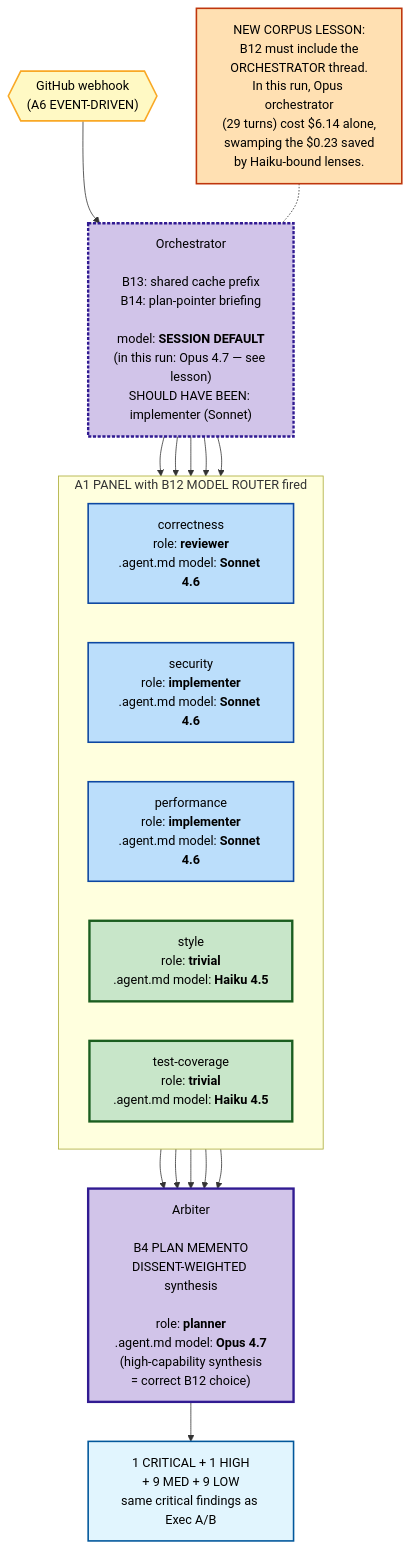
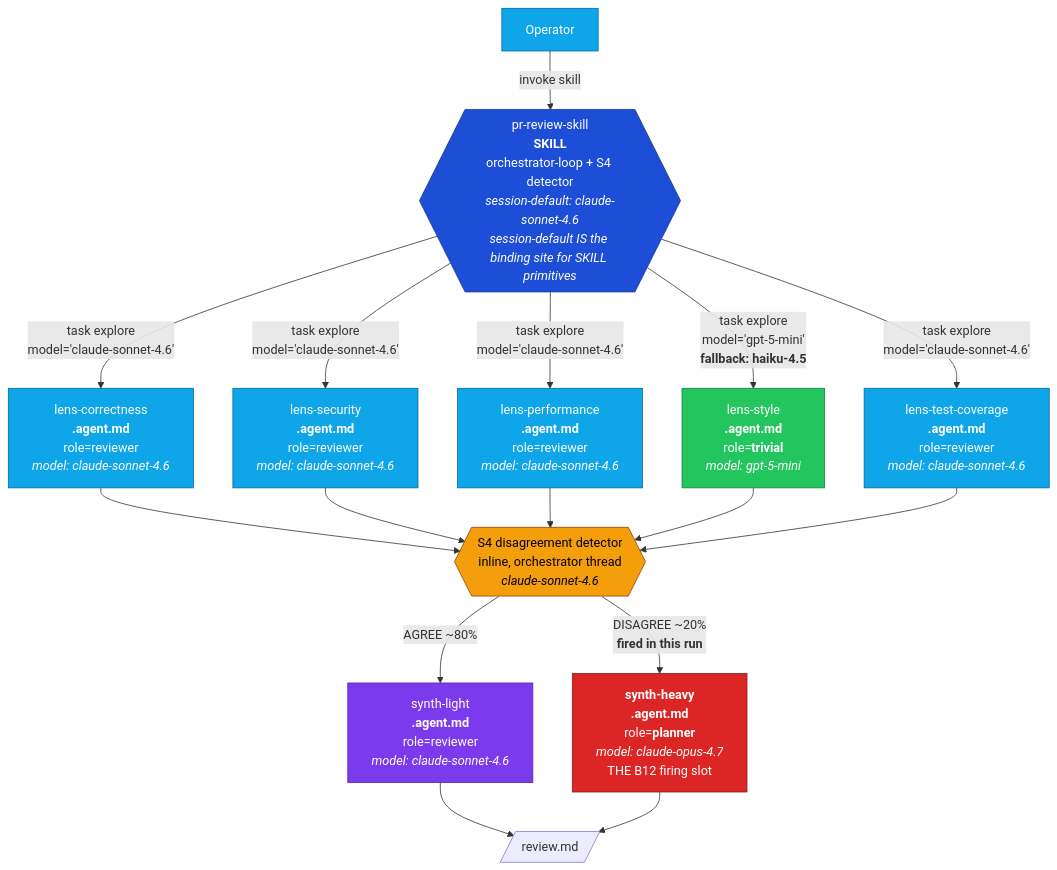
Before and after one commit to jeremiah-snee-openx/genesis: the second of 2 diagrams in dev/empirical-proof/ab-experiment-apm-1424/REPORT.md, drawn with Mermaid. The commit also changed other lines of this file and 11 other files, not shown here.

````diff
--- a/dev/empirical-proof/ab-experiment-apm-1424/REPORT.md
+++ b/dev/empirical-proof/ab-experiment-apm-1424/REPORT.md
@@ -172,35 +67,31 @@
 ```mermaid
 flowchart TB
-    TRIG{{"GitHub webhook<br/>(A6 EVENT-DRIVEN)"}}:::trig
+    classDef sk fill:#1d4ed8,stroke:#1e3a8a,color:#fff
+    classDef ag fill:#0ea5e9,stroke:#0369a1,color:#fff
+    classDef low fill:#22c55e,stroke:#15803d,color:#fff
+    classDef high fill:#dc2626,stroke:#7f1d1d,color:#fff
+    classDef arb fill:#7c3aed,stroke:#5b21b6,color:#fff
+    classDef gate fill:#f59e0b,stroke:#92400e,color:#000
 
-    ORCH["Orchestrator<br/><br/>B13: shared cache prefix<br/>B14: plan-pointer briefing<br/><br/>model: <b>SESSION DEFAULT</b><br/>(in this run: Opus 4.7 — see lesson)<br/>SHOULD HAVE BEEN: implementer (Sonnet)"]:::orchbad
+    OP[Operator]:::ag -->|invoke skill| OR
+    OR{{pr-review-skill<br/><b>SKILL</b><br/>orchestrator-loop + S4 detector<br/><i>session-default: claude-sonnet-4.6</i><br/><i>session-default IS the binding site for SKILL primitives</i>}}:::sk
 
-    subgraph PANEL["A1 PANEL with B12 MODEL ROUTER fired"]
-        direction LR
-        L1["correctness<br/>role: <b>reviewer</b><br/>.agent.md model: <b>Sonnet 4.6</b>"]:::sonnet
-        L2["security<br/>role: <b>implementer</b><br/>.agent.md model: <b>Sonnet 4.6</b>"]:::sonnet
-        L3["performance<br/>role: <b>implementer</b><br/>.agent.md model: <b>Sonnet 4.6</b>"]:::sonnet
-        L4["style<br/>role: <b>trivial</b><br/>.agent.md model: <b>Haiku 4.5</b>"]:::haiku
-        L5["test-coverage<br/>role: <b>trivial</b><br/>.agent.md model: <b>Haiku 4.5</b>"]:::haiku
-    end
+    OR -->|task explore<br/>model='claude-sonnet-4.6'| L1[lens-correctness<br/><b>.agent.md</b><br/>role=reviewer<br/><i>model: claude-sonnet-4.6</i>]:::ag
+    OR -->|task explore<br/>model='claude-sonnet-4.6'| L2[lens-security<br/><b>.agent.md</b><br/>role=reviewer<br/><i>model: claude-sonnet-4.6</i>]:::ag
+    OR -->|task explore<br/>model='claude-sonnet-4.6'| L3[lens-performance<br/><b>.agent.md</b><br/>role=reviewer<br/><i>model: claude-sonnet-4.6</i>]:::ag
+    OR -->|task explore<br/>model='gpt-5-mini'<br/><b>fallback: haiku-4.5</b>| L4[lens-style<br/><b>.agent.md</b><br/>role=<b>trivial</b><br/><i>model: gpt-5-mini</i>]:::low
+    OR -->|task explore<br/>model='claude-sonnet-4.6'| L5[lens-test-coverage<br/><b>.agent.md</b><br/>role=reviewer<br/><i>model: claude-sonnet-4.6</i>]:::ag
 
-    ARB["Arbiter<br/><br/>B4 PLAN MEMENTO<br/>DISSENT-WEIGHTED synthesis<br/><br/>role: <b>planner</b><br/>.agent.md model: <b>Opus 4.7</b><br/>(high-capability synthesis<br/>= correct B12 choice)"]:::opus
+    L1 --> GATE
+    L2 --> GATE
+    L3 --> GATE
+    L4 --> GATE
+    L5 --> GATE
+    GATE{{S4 disagreement detector<br/>inline, orchestrator thread<br/><i>claude-sonnet-4.6</i>}}:::gate
 
-    OUT["1 CRITICAL + 1 HIGH<br/>+ 9 MED + 9 LOW<br/>same critical findings as Exec A/B"]:::out
+    GATE -->|AGREE ~80%| LIGHT[synth-light<br/><b>.agent.md</b><br/>role=reviewer<br/><i>model: claude-sonnet-4.6</i>]:::arb
+    GATE -->|DISAGREE ~20%<br/><b>fired in this run</b>| HEAVY[<b>synth-heavy</b><br/><b>.agent.md</b><br/>role=<b>planner</b><br/><i>model: claude-opus-4.7</i><br/>THE B12 firing slot]:::high
 
-    LESSON["NEW CORPUS LESSON:<br/>B12 must include the<br/>ORCHESTRATOR thread.<br/>In this run, Opus orchestrator<br/>(29 turns) cost $6.14 alone,<br/>swamping the $0.23 saved<br/>by Haiku-bound lenses."]:::lesson
-
-    TRIG --> ORCH
-    ORCH --> L1 & L2 & L3 & L4 & L5
-    L1 & L2 & L3 & L4 & L5 --> ARB
-    ARB --> OUT
-    LESSON -.- ORCH
-
-    classDef trig fill:#fff9c4,stroke:#f9a825,stroke-width:2px,color:#000
-    classDef orchbad fill:#d1c4e9,stroke:#311b92,stroke-width:3px,stroke-dasharray:4 2,color:#000
-    classDef sonnet fill:#bbdefb,stroke:#0d47a1,stroke-width:2px,color:#000
-    classDef haiku fill:#c8e6c9,stroke:#1b5e20,stroke-width:3px,color:#000
-    classDef opus fill:#d1c4e9,stroke:#311b92,stroke-width:3px,color:#000
-    classDef out fill:#e1f5fe,stroke:#01579b,stroke-width:2px,color:#000
-    classDef lesson fill:#ffe0b2,stroke:#bf360c,stroke-width:2px,color:#000
+    LIGHT --> OUT[/review.md/]
+    HEAVY --> OUT
 ```
````
